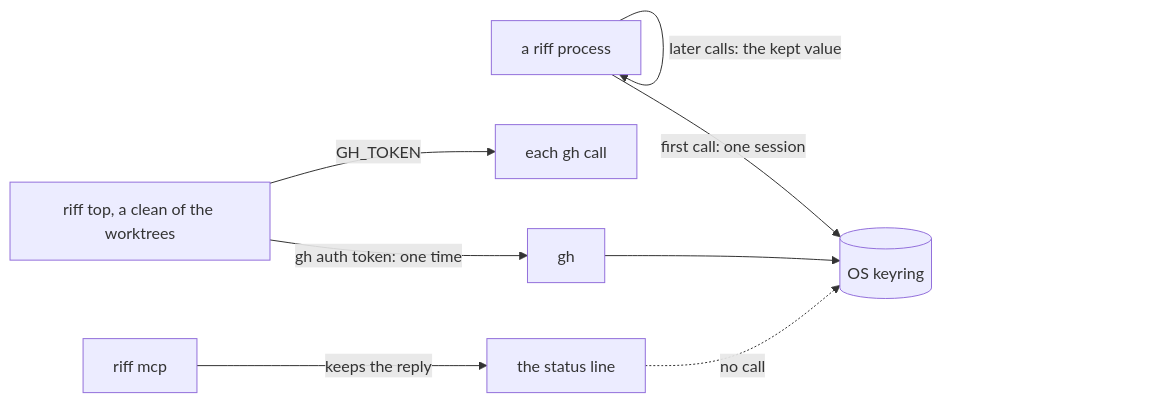
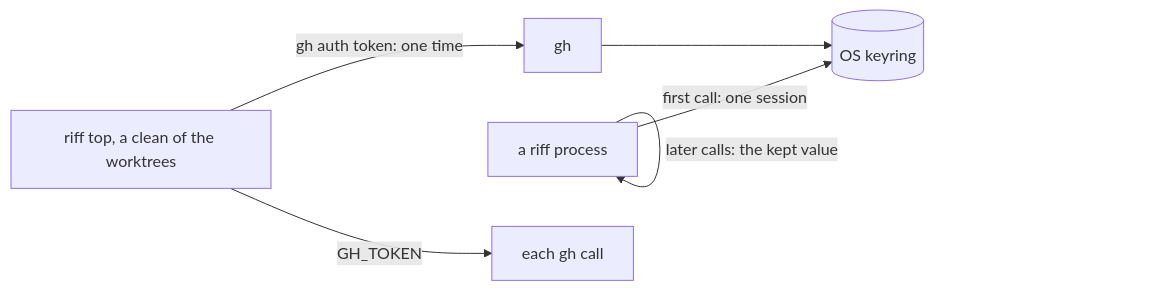
Diagram 24 of 34 in docs/src/development.md (como-technologies/riff), drawn with Mermaid before and after one commit. The commit also changed other lines of this file and 94 other files, not shown here.

````diff
--- a/docs/src/development.md
+++ b/docs/src/development.md
@@ -2574,10 +2573,8 @@
 ```mermaid
 flowchart LR
     P[a riff process] -->|first call: one session| K[(OS keyring)]
     P -->|later calls: the kept value| P
-    M[riff mcp] -->|keeps the reply| L[the status line]
-    L -.->|no call| K
     C[riff top, a clean of the worktrees] -->|gh auth token: one time| G[gh]
     G --> K
     C -->|GH_TOKEN| V[each gh call]
 ```
````
